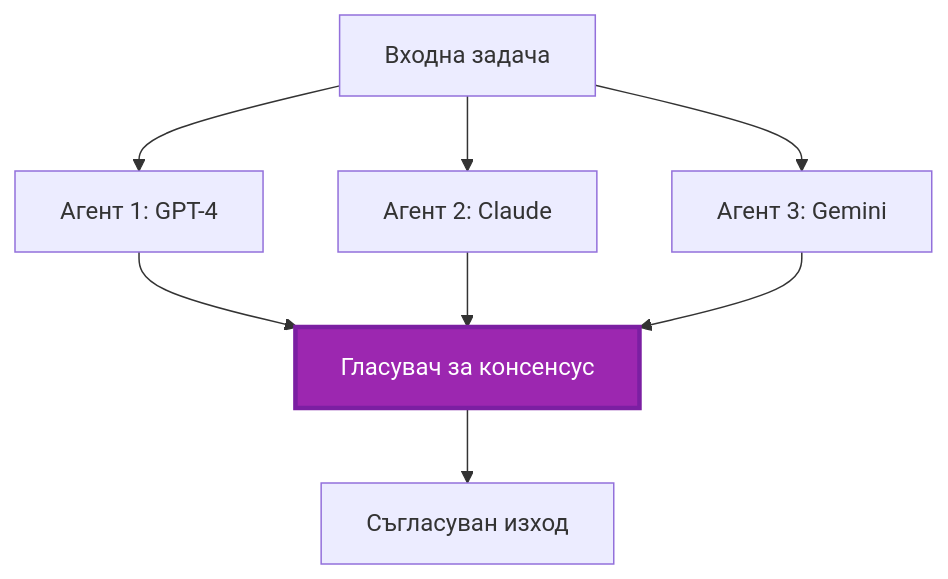
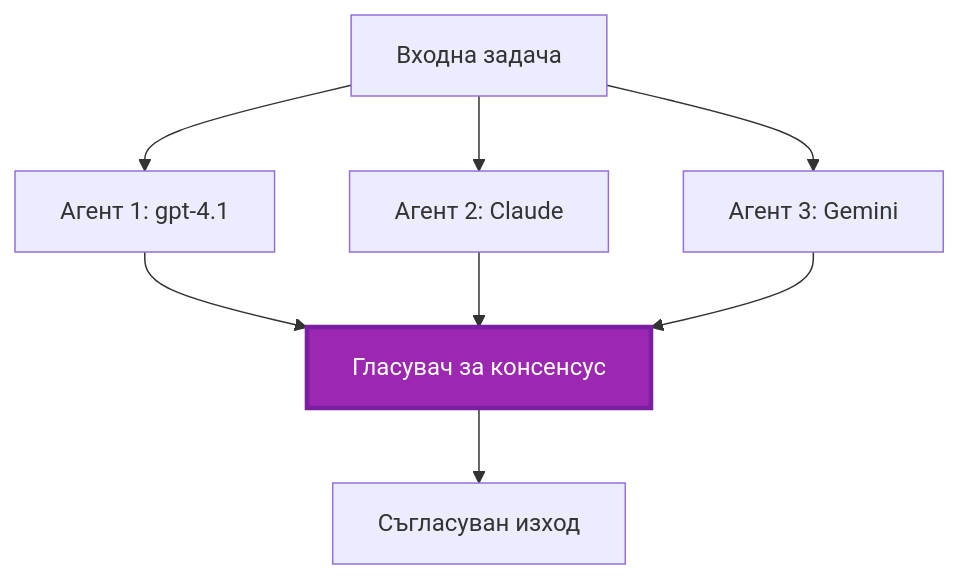
Before and after one commit to microsoft/AZD-for-beginners: the fifth of 6 diagrams in translations/bg/docs/chapter-06-pre-deployment/coordination-patterns.md, drawn with Mermaid. The commit also changed other lines of this file and 101 other files, not shown here.

````diff
--- a/translations/bg/docs/chapter-06-pre-deployment/coordination-patterns.md
+++ b/translations/bg/docs/chapter-06-pre-deployment/coordination-patterns.md
@@ -232,19 +225,19 @@
 ```mermaid
 graph TB
     Input[Входна задача]
-    Agent1[Агент 1: GPT-4]
+    Agent1[Агент 1: gpt-4.1]
     Agent2[Агент 2: Claude]
     Agent3[Агент 3: Gemini]
     Voter[Гласувач за консенсус]
     Output[Съгласуван изход]
     
     Input --> Agent1
     Input --> Agent2
     Input --> Agent3
     Agent1 --> Voter
     Agent2 --> Voter
     Agent3 --> Voter
     Voter --> Output
     
     style Voter fill:#9C27B0,stroke:#7B1FA2,stroke-width:3px,color:#fff
 ```
````
